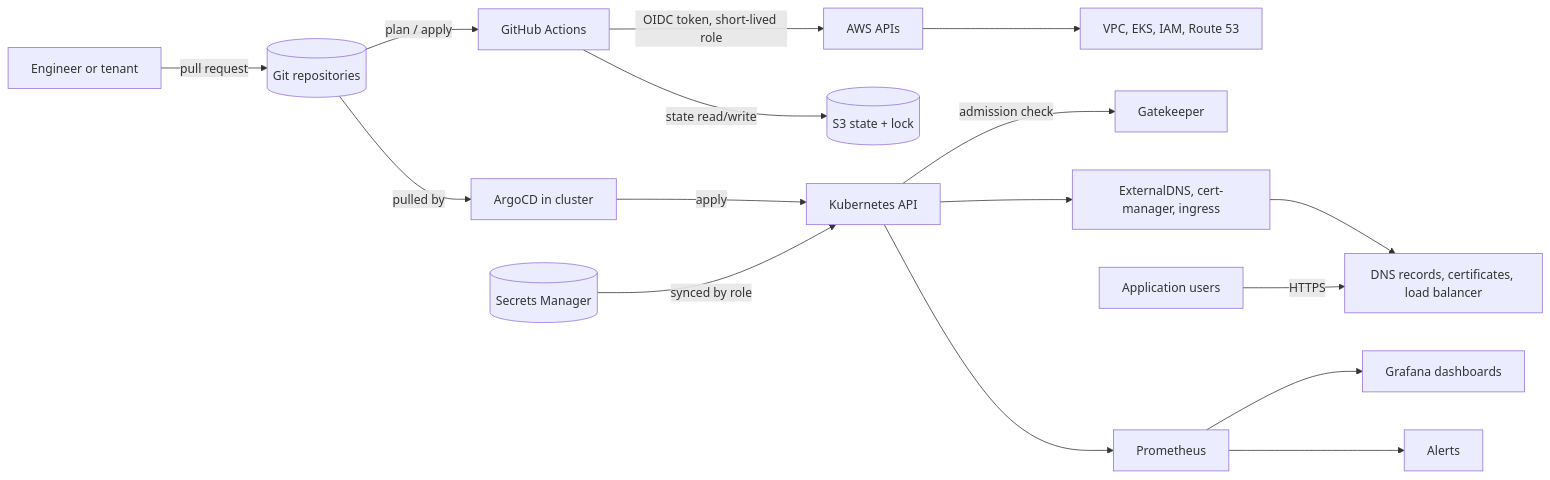
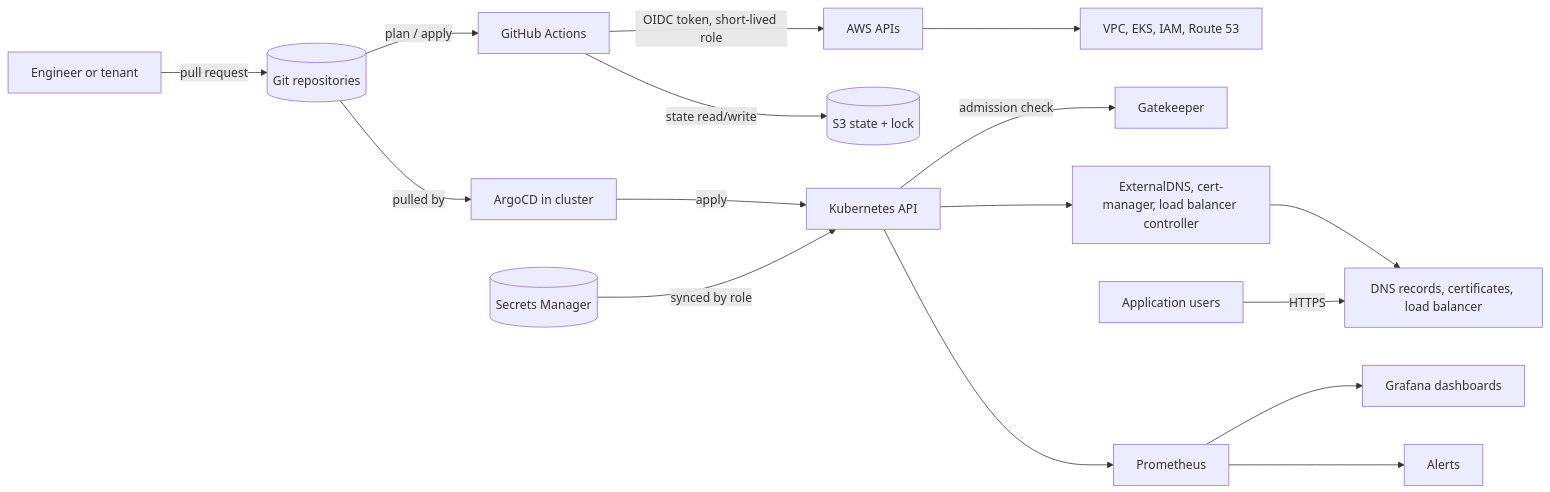
One commit to JawadCEO/enterprise-distributed-platform changed the diagram in track-4-infrastructure/eks-gitops-platform/docs/requirements/data.md. Above: the diagram before and after it, drawn with Mermaid. The commit also changed other lines of this file and 132 other files, not shown here.

````diff
--- a/track-4-infrastructure/eks-gitops-platform/docs/requirements/data.md
+++ b/track-4-infrastructure/eks-gitops-platform/docs/requirements/data.md
@@ -34,18 +34,18 @@
 ```mermaid
 flowchart LR
     Dev[Engineer or tenant] -->|pull request| Git[(Git repositories)]
     Git -->|plan / apply| CI[GitHub Actions]
     CI -->|OIDC token, short-lived role| AWS[AWS APIs]
     AWS --> Infra[VPC, EKS, IAM, Route 53]
     CI -->|state read/write| State[(S3 state + lock)]
     Git -->|pulled by| Argo[ArgoCD in cluster]
     Argo -->|apply| K8s[Kubernetes API]
     K8s -->|admission check| GK[Gatekeeper]
     SM[(Secrets Manager)] -->|synced by role| K8s
-    K8s --> Addons[ExternalDNS, cert-manager, ingress]
+    K8s --> Addons[ExternalDNS, cert-manager, load balancer controller]
     Addons --> R53[DNS records, certificates, load balancer]
     Users[Application users] -->|HTTPS| R53
     K8s --> Prom[Prometheus]
     Prom --> Graf[Grafana dashboards]
     Prom --> Alerts[Alerts]
 ```
````
